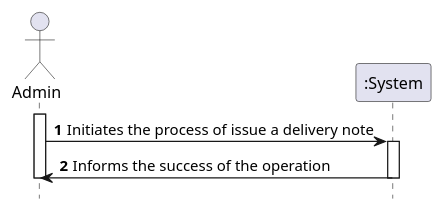
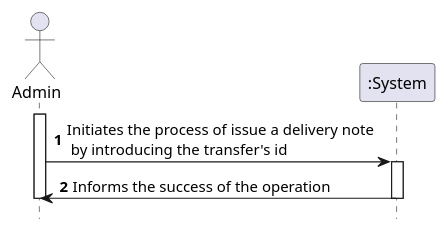
Before and after one commit to tiagoavcosta25/LAPR3: the diagram in docs/Iteration 2/Pharmacy Management/US203_IssueDeliveryNote/US203_SSD.puml, drawn with PlantUML. The commit also changed 3 other files, not shown here.

Commit message:
LAPR2AP2-271 #close Issue Delivery Note [Analysis]

```diff
--- a/docs/Iteration 2/Pharmacy Management/US203_IssueDeliveryNote/US203_SSD.puml
+++ b/docs/Iteration 2/Pharmacy Management/US203_IssueDeliveryNote/US203_SSD.puml
@@ -1,17 +1,17 @@
 @startuml
 autonumber
 hide footbox
 
 actor "Admin" as ADMIN
 
 participant ":System" as SYST
 
 activate ADMIN
 
-ADMIN -> SYST : Initiates the process of issue a delivery note
+ADMIN -> SYST : Initiates the process of issue a delivery note \n by introducing the transfer's id
 activate SYST
 SYST -> ADMIN : Informs the success of the operation
 deactivate SYST
 deactivate ADMIN
 
 @enduml
```
